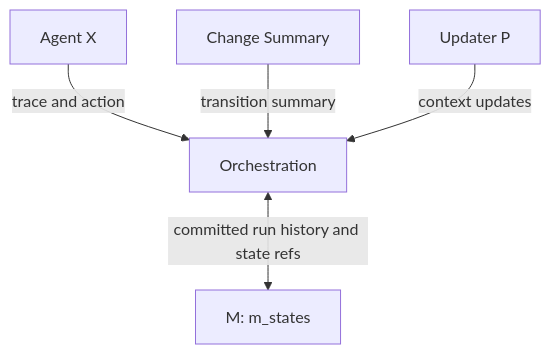
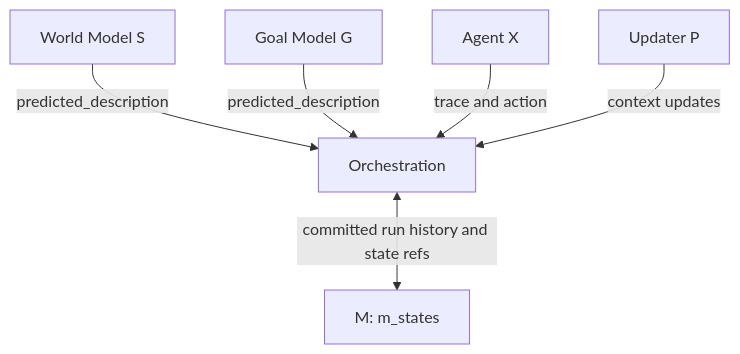
Before and after one commit to cocomette/artificial-agency: the second of 2 diagrams in doc/architecture/software/orchestration/diagrams.md, drawn with Mermaid. The commit also changed other lines of this file and 253 other files, not shown here.

````diff
--- a/doc/architecture/software/orchestration/diagrams.md
+++ b/doc/architecture/software/orchestration/diagrams.md
@@ -22,7 +23,8 @@
 ```mermaid
 flowchart TB
-    X["Agent X"] -->|trace and action| Orch["Orchestration"]
-    Change["Change Summary"] -->|transition summary| Orch
+    S["World Model S"] -->|predicted_description| Orch["Orchestration"]
+    G["Goal Model G"] -->|predicted_description| Orch
+    X["Agent X"] -->|trace and action| Orch
     P["Updater P"] -->|context updates| Orch
     Orch <-->|committed run history and state refs| M["M: m_states"]
 ```
````
